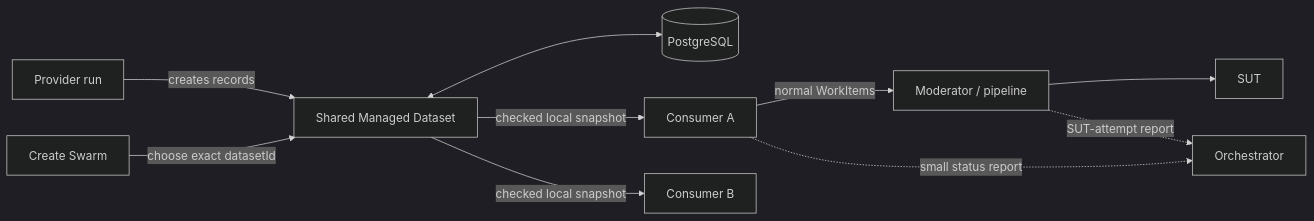
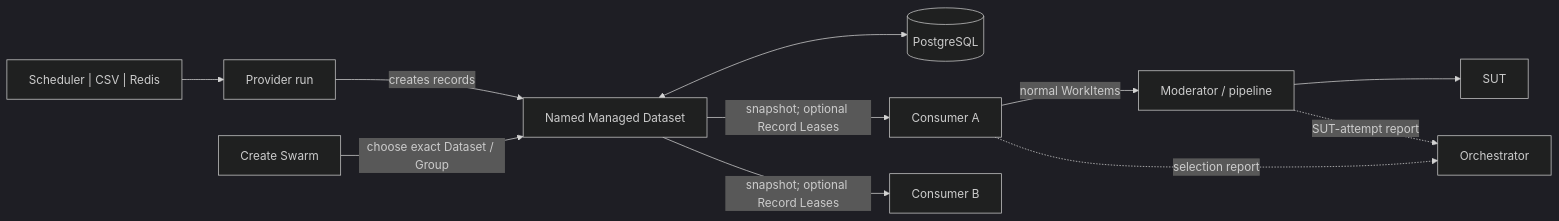
Before and after one commit to sepa79/PocketHive: the diagram in docs/inProgress/managed-datasets-team-overview-plain-language.md, drawn with Mermaid (dark theme). The commit also changed other lines of this file and 2 other files, not shown here.

````diff
--- a/docs/inProgress/managed-datasets-team-overview-plain-language.md
+++ b/docs/inProgress/managed-datasets-team-overview-plain-language.md
@@ -24,12 +96,13 @@
 ```mermaid
 flowchart LR
-  P["Provider run"] -->|"creates records"| D["Shared Managed Dataset"]
+  PS["Scheduler | CSV | Redis"] --> P["Provider run"]
+  P -->|"creates records"| D["Named Managed Dataset"]
   D <--> PG[("PostgreSQL")]
-  CS["Create Swarm"] -->|"choose exact datasetId"| D
-  D -->|"checked local snapshot"| A["Consumer A"]
-  D -->|"checked local snapshot"| B["Consumer B"]
+  CS["Create Swarm"] -->|"choose exact Dataset / Group"| D
+  D -->|"snapshot; optional Record Leases"| A["Consumer A"]
+  D -->|"snapshot; optional Record Leases"| B["Consumer B"]
   A -->|"normal WorkItems"| M["Moderator / pipeline"]
   M --> S["SUT"]
-  A -.->|"small status report"| O["Orchestrator"]
+  A -.->|"selection report"| O["Orchestrator"]
   M -.->|"SUT-attempt report"| O
 ```
````
